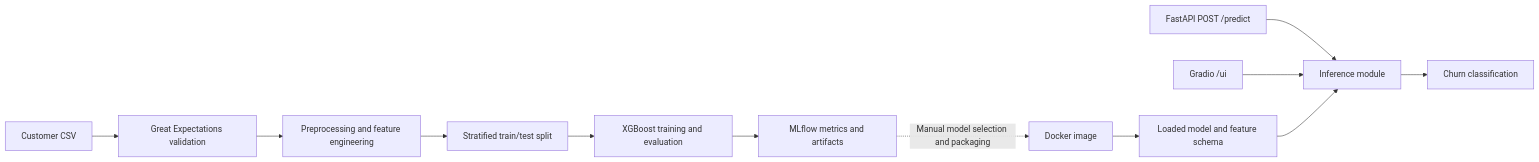
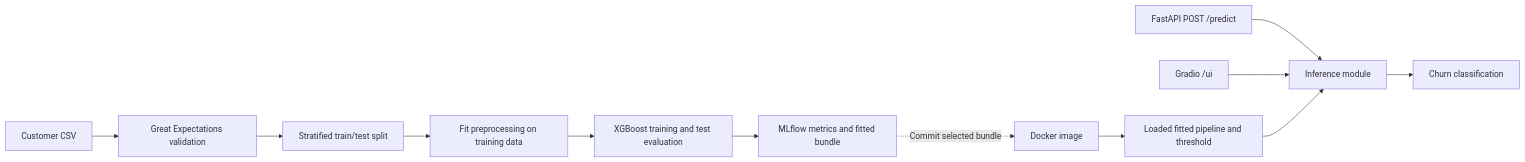
Before and after one commit to anastzel/Telco-Customer-Churn-ML: the diagram in README.md, drawn with Mermaid. The commit also changed other lines of this file and 19 other files, not shown here.

Commit message:
Unify churn training and serving; gate image publishing on tests

````diff
--- a/README.md
+++ b/README.md
@@ -26,15 +26,15 @@
 ```mermaid
 flowchart LR
     CSV[Customer CSV] --> V[Great Expectations validation]
-    V --> P[Preprocessing and feature engineering]
-    P --> S[Stratified train/test split]
-    S --> X[XGBoost training and evaluation]
-    X --> M[MLflow metrics and artifacts]
-    M -. Manual model selection and packaging .-> D[Docker image]
+    V --> S[Stratified train/test split]
+    S --> P[Fit preprocessing on training data]
+    P --> X[XGBoost training and test evaluation]
+    X --> M[MLflow metrics and fitted bundle]
+    M -. Commit selected bundle .-> D[Docker image]
 
     API[FastAPI POST /predict] --> I[Inference module]
     UI[Gradio /ui] --> I
-    D --> L[Loaded model and feature schema]
+    D --> L[Loaded fitted pipeline and threshold]
     L --> I
     I --> R[Churn classification]
 ```
````
